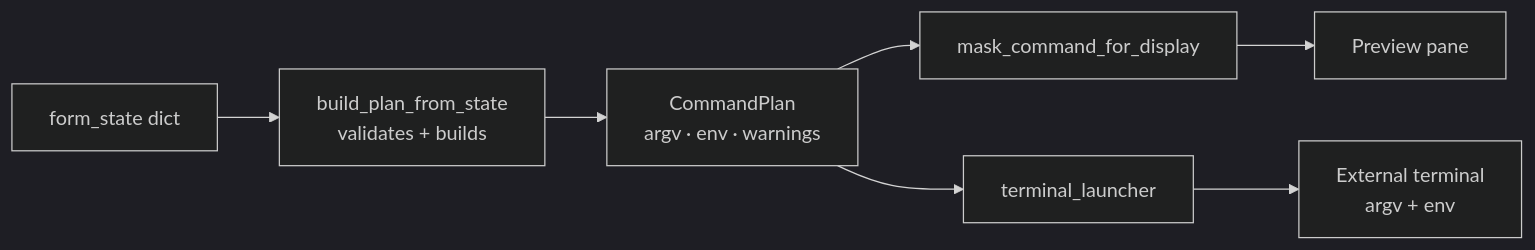
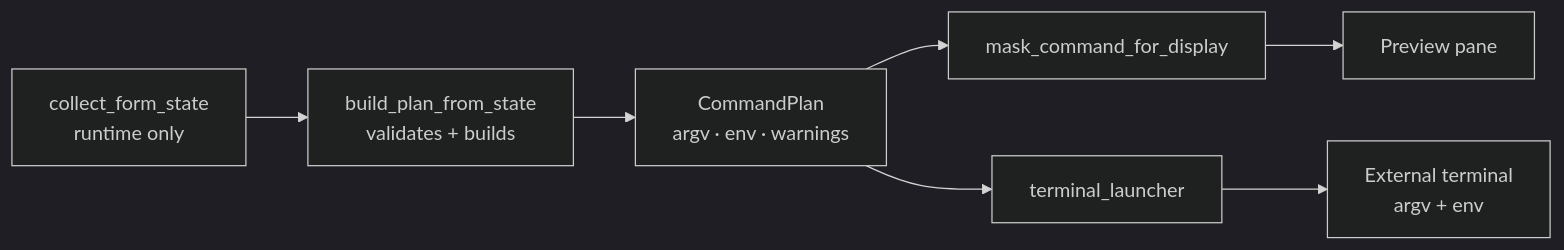
The second of 3 diagrams in docs/developer-guide/architecture.md (JESIII/immich-go-gui), drawn with Mermaid (dark theme) before and after one commit. The commit also changed other lines of this file and 50 other files, not shown here.

````diff
--- a/docs/developer-guide/architecture.md
+++ b/docs/developer-guide/architecture.md
@@ -126,9 +127,9 @@
 ```mermaid
 flowchart LR
-    State[form_state dict] --> Build[build_plan_from_state<br/>validates + builds]
+    WidgetState[collect_form_state<br/>runtime only] --> Build[build_plan_from_state<br/>validates + builds]
     Build --> Plan[CommandPlan<br/>argv · env · warnings]
     Plan --> Mask[mask_command_for_display]
     Mask --> Preview[Preview pane]
     Plan --> Launch[terminal_launcher]
     Launch --> Terminal[External terminal<br/>argv + env]
 ```
````
